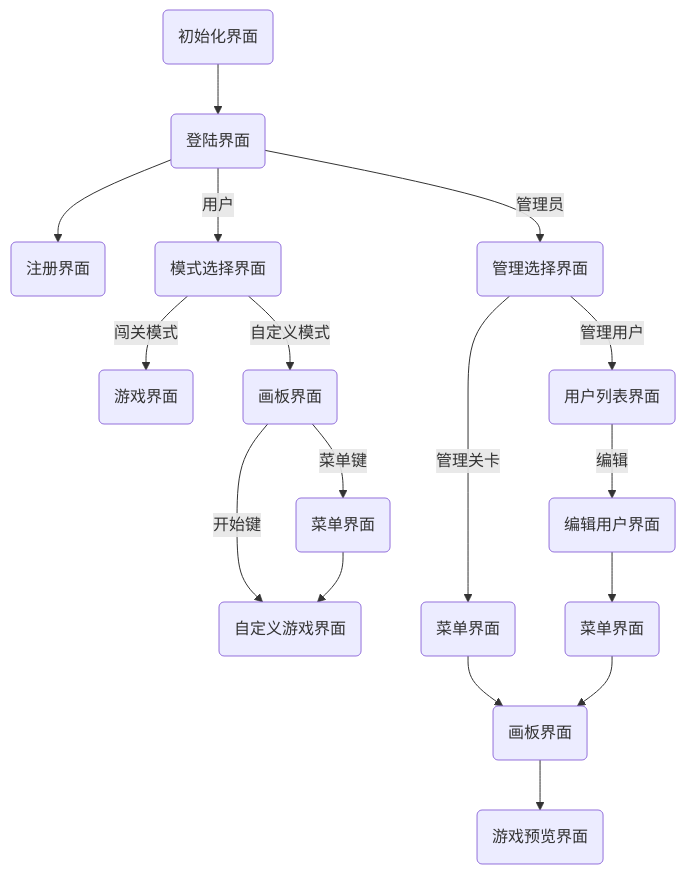
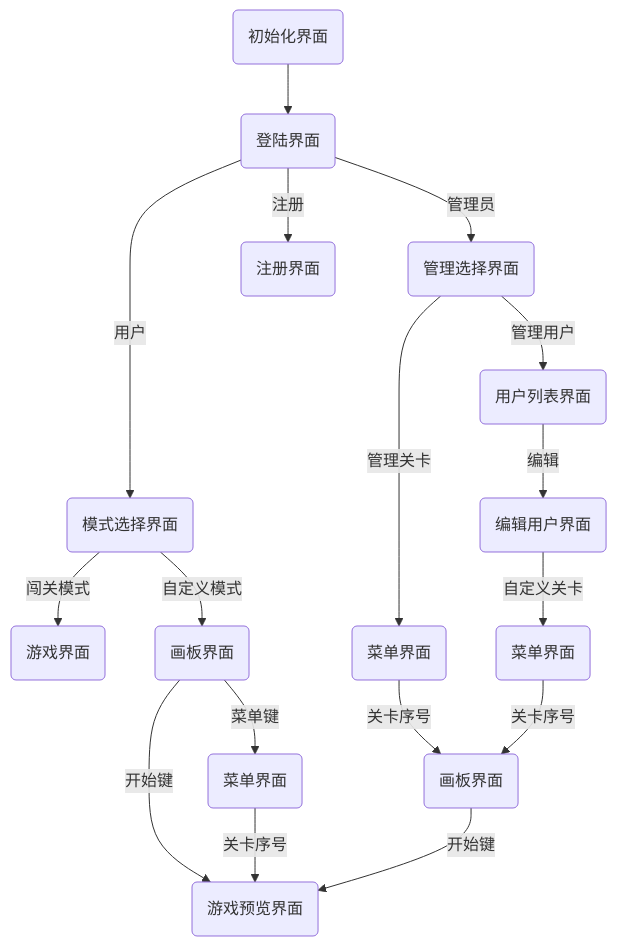
One commit to xuyj1111/game changed the diagram in okay/src/main/resources/file/desc.md. Above: the diagram before and after it, drawn with Mermaid. The commit also changed other lines of this file and 4 other files, not shown here.

Commit message:
【存档】判断是否在图形内，实现中。。。

````diff
--- a/okay/src/main/resources/file/desc.md
+++ b/okay/src/main/resources/file/desc.md
@@ -22,16 +26,16 @@
 ```mermaid
 graph TD
 	init(初始化界面) --> login(登陆界面)
-	login --> register(注册界面)
 	login --用户--> userChoose(模式选择界面)
 	login --管理员--> adminChoose(管理选择界面)
+	login --注册--> register(注册界面)
 	
 	userChoose --闯关模式--> game(游戏界面)
   userChoose --自定义模式--> define(画板界面)
-  define --开始键--> defineGame(自定义游戏界面)
-  define --菜单键--> menu(菜单界面) --> defineGame
+  define --开始键--> gamePreview(游戏预览界面)
+  define --菜单键--> menu(菜单界面) --关卡序号--> gamePreview
 	
-	adminChoose --管理关卡--> systemMenu(菜单界面) --> adminDefine(画板界面)
-	adminChoose --管理用户--> userList(用户列表界面) --编辑--> userEdit(编辑用户界面) --> userMenu(菜单界面) --> adminDefine
-	adminDefine --> gamePreview(游戏预览界面)
+	adminChoose --管理关卡--> systemMenu(菜单界面) --关卡序号--> define2(画板界面)
+	adminChoose --管理用户--> userList(用户列表界面) --编辑--> userEdit(编辑用户界面) --自定义关卡--> userMenu(菜单界面) --关卡序号--> define2
+	define2 --开始键--> gamePreview
 ```
````
